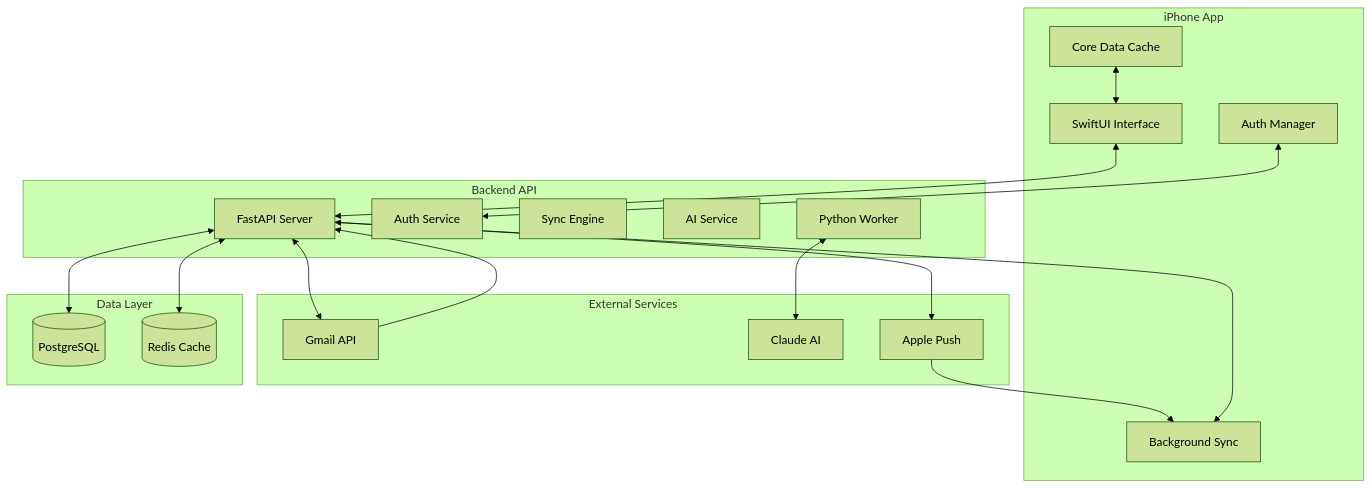
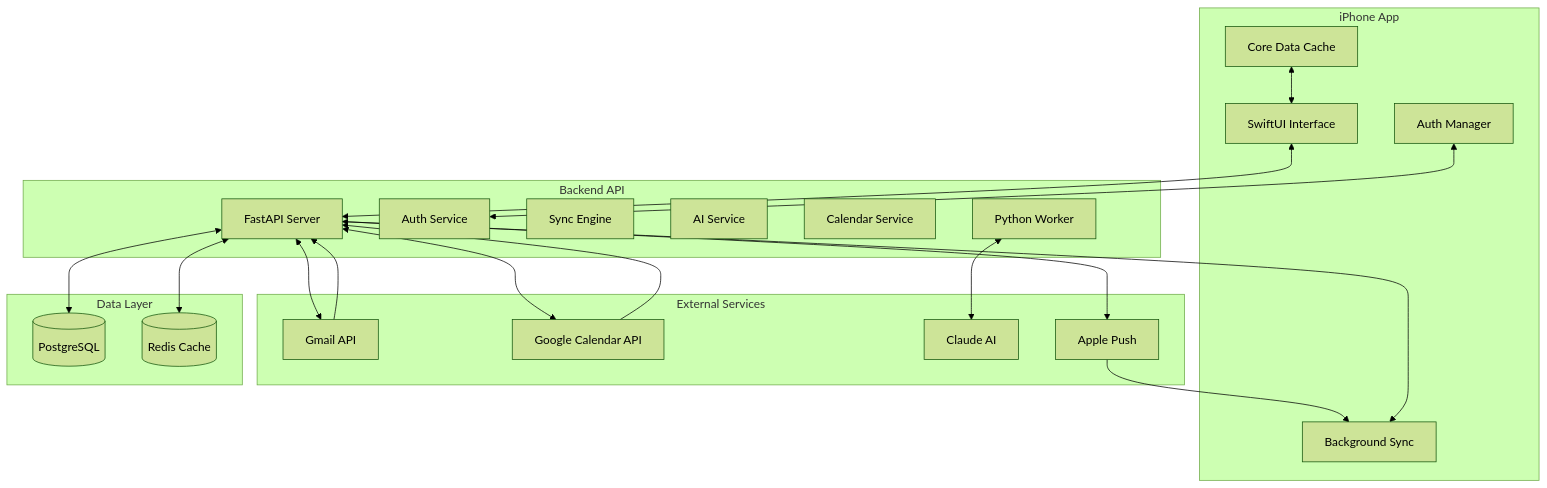
The first of 2 diagrams in ARCHITECTURE.md (vileshsalunkhe-shiv/inboxiq), drawn with Mermaid (forest theme) before and after one commit. The commit also changed other lines of this file and 290 other files, not shown here.

````diff
--- a/ARCHITECTURE.md
+++ b/ARCHITECTURE.md
@@ -19,40 +19,44 @@
 ```mermaid
 graph TB
     subgraph "iPhone App"
         UI[SwiftUI Interface]
         LocalDB[Core Data Cache]
         AuthMgr[Auth Manager]
         BgSync[Background Sync]
     end
     
     subgraph "Backend API"
         FastAPI[FastAPI Server]
         AuthSvc[Auth Service]
         SyncSvc[Sync Engine]
         AISvc[AI Service]
+        CalSvc[Calendar Service]
         Worker[Python Worker]
     end
     
     subgraph "External Services"
         Gmail[Gmail API]
+        Calendar[Google Calendar API]
         Claude[Claude AI]
         APNs[Apple Push]
     end
     
     subgraph "Data Layer"
         PG[(PostgreSQL)]
         Redis[(Redis Cache)]
     end
     
     UI <--> FastAPI
     BgSync <--> FastAPI
     AuthMgr <--> AuthSvc
     FastAPI <--> Gmail
+    FastAPI <--> Calendar
     Worker <--> Claude
     FastAPI <--> PG
     FastAPI <--> Redis
     Gmail --> FastAPI
+    Calendar --> FastAPI
     FastAPI --> APNs
     APNs --> BgSync
     LocalDB <--> UI
 ```
````
